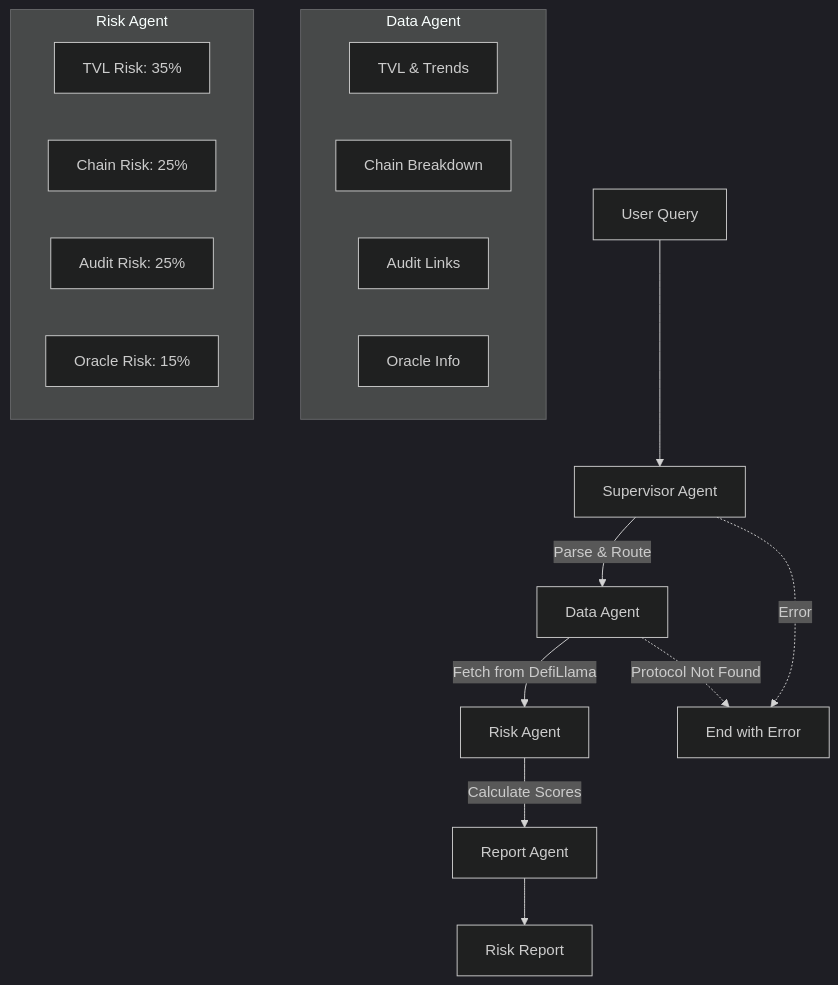
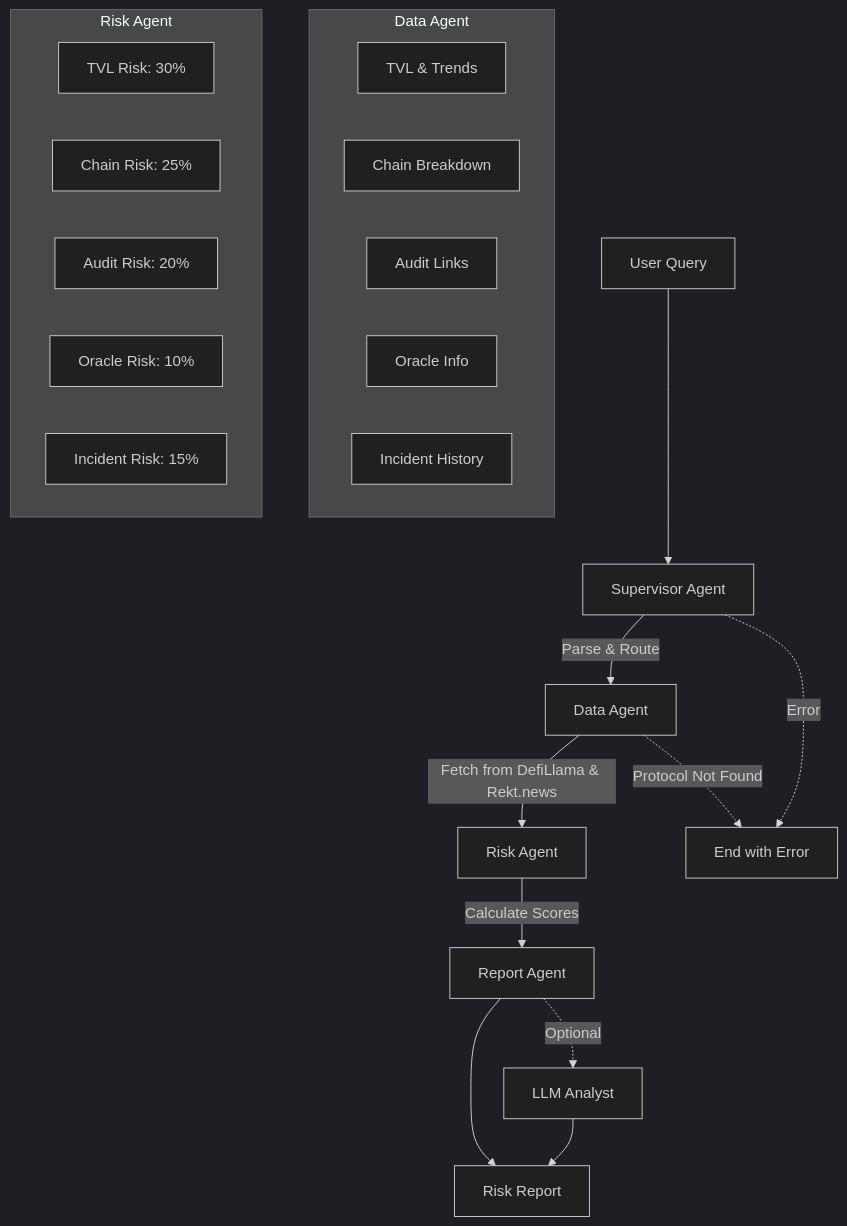
The first of 6 diagrams in README.md (Ricoledan/defi-risk-agent), drawn with Mermaid (dark theme) before and after one commit. The commit also changed other lines of this file, not shown here.

First line of the commit message:
Update README to reflect current 5-factor risk model and new integrations

````diff
--- a/README.md
+++ b/README.md
@@ -31,25 +33,29 @@
 ```mermaid
 flowchart TD
     A[User Query] --> B[Supervisor Agent]
     B --> |Parse & Route| C[Data Agent]
-    C --> |Fetch from DefiLlama| D[Risk Agent]
+    C --> |Fetch from DefiLlama & Rekt.news| D[Risk Agent]
     D --> |Calculate Scores| E[Report Agent]
     E --> F[Risk Report]
+    E -.-> |Optional| G[LLM Analyst]
+    G --> F
 
-    B -.-> |Error| G[End with Error]
-    C -.-> |Protocol Not Found| G
+    B -.-> |Error| H[End with Error]
+    C -.-> |Protocol Not Found| H
 
     subgraph "Data Agent"
         C1[TVL & Trends]
         C2[Chain Breakdown]
         C3[Audit Links]
         C4[Oracle Info]
+        C5[Incident History]
     end
 
     subgraph "Risk Agent"
-        D1[TVL Risk: 35%]
+        D1[TVL Risk: 30%]
         D2[Chain Risk: 25%]
-        D3[Audit Risk: 25%]
-        D4[Oracle Risk: 15%]
+        D3[Audit Risk: 20%]
+        D4[Oracle Risk: 10%]
+        D5[Incident Risk: 15%]
     end
 ```
````
